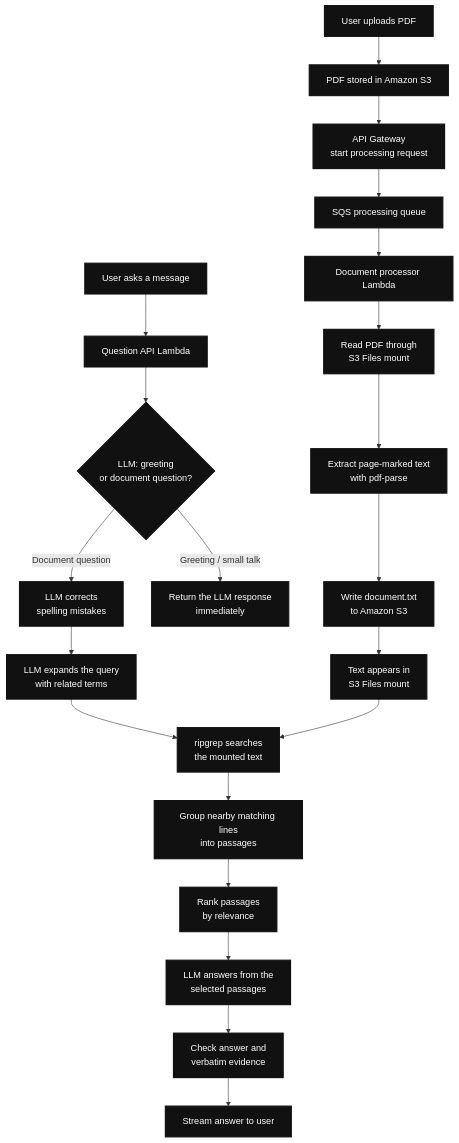
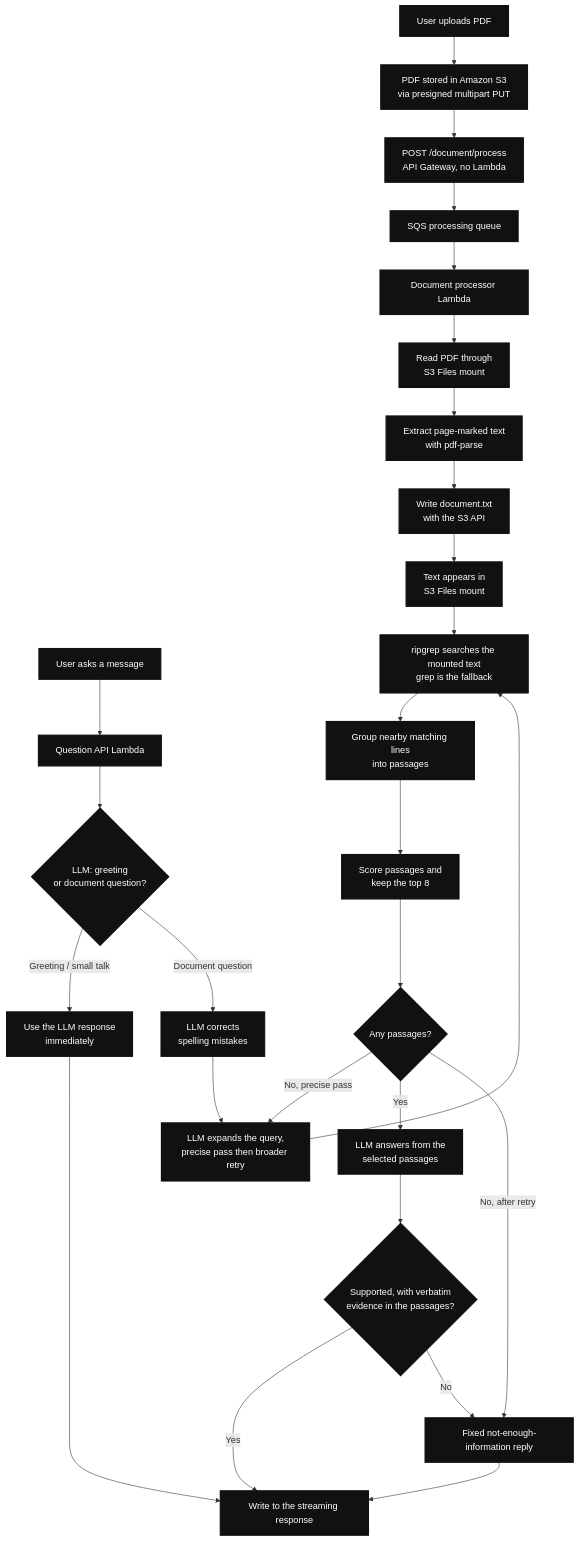
The diagram in README.md (gunjchhetri/grepping_demo), drawn with Mermaid before and after one commit. The commit also changed other lines of this file, not shown here.

Commit message:
Added multipart upload to s3

````diff
--- a/README.md
+++ b/README.md
@@ -9,27 +9,32 @@
 ```mermaid
 flowchart TD
-    Upload[User uploads PDF] --> S3PDF[PDF stored in Amazon S3]
-    S3PDF --> ProcessApi[API Gateway\nstart processing request]
-    ProcessApi --> Queue[SQS processing queue]
-    Queue --> ProcessLambda[Document processor Lambda]
-    ProcessLambda --> MountPDF[Read PDF through\nS3 Files mount]
-    MountPDF --> Extract[Extract page-marked text\nwith pdf-parse]
-    Extract --> S3Text[Write document.txt\nto Amazon S3]
-    S3Text --> MountText[Text appears in\nS3 Files mount]
+    Upload["User uploads PDF"] --> S3PDF["PDF stored in Amazon S3<br/>via presigned multipart PUT"]
+    S3PDF --> ProcessApi["POST /document/process<br/>API Gateway, no Lambda"]
+    ProcessApi --> Queue["SQS processing queue"]
+    Queue --> ProcessLambda["Document processor Lambda"]
+    ProcessLambda --> MountPDF["Read PDF through<br/>S3 Files mount"]
+    MountPDF --> Extract["Extract page-marked text<br/>with pdf-parse"]
+    Extract --> S3Text["Write document.txt<br/>with the S3 API"]
+    S3Text --> MountText["Text appears in<br/>S3 Files mount"]
 
-    Ask[User asks a message] --> QuestionApi[Question API Lambda]
-    QuestionApi --> Classify{LLM: greeting\nor document question?}
-    Classify -->|Greeting / small talk| Greeting[Return the LLM response\nimmediately]
-    Classify -->|Document question| Correct[LLM corrects\nspelling mistakes]
-    Correct --> Expand[LLM expands the query\nwith related terms]
-    Expand --> Grep[ripgrep searches\nthe mounted text]
+    Ask["User asks a message"] --> QuestionApi["Question API Lambda"]
+    QuestionApi --> Classify{"LLM: greeting<br/>or document question?"}
+    Classify -->|"Greeting / small talk"| Greeting["Use the LLM response<br/>immediately"]
+    Classify -->|"Document question"| Correct["LLM corrects<br/>spelling mistakes"]
+    Correct --> Expand["LLM expands the query,<br/>precise pass then broader retry"]
+    Expand --> Grep["ripgrep searches the mounted text<br/>grep is the fallback"]
     MountText --> Grep
-    Grep --> Group[Group nearby matching lines\ninto passages]
-    Group --> Rank[Rank passages\nby relevance]
-    Rank --> Answer[LLM answers from the\nselected passages]
-    Answer --> Validate[Check answer and\nverbatim evidence]
-    Validate --> Response[Stream answer to user]
+    Grep --> Group["Group nearby matching lines<br/>into passages"]
+    Group --> Rank["Score passages and<br/>keep the top 8"]
+    Rank --> Any{"Any passages?"}
+    Any -->|"No, precise pass"| Expand
+    Any -->|"Yes"| Answer["LLM answers from the<br/>selected passages"]
+    Any -->|"No, after retry"| NoAnswer["Fixed not-enough-information reply"]
+    Answer --> Validate{"Supported, with verbatim<br/>evidence in the passages?"}
+    Validate -->|"Yes"| Response["Write to the streaming response"]
+    Validate -->|"No"| NoAnswer
+    Greeting --> Response
+    NoAnswer --> Response
 
-    classDef black fill:#111111,color:#ffffff,stroke:#111111,stroke-width:2px;
-    class Upload,S3PDF,ProcessApi,Queue,ProcessLambda,MountPDF,Extract,S3Text,MountText,Ask,QuestionApi,Classify,Greeting,Correct,Expand,Grep,Group,Rank,Answer,Validate,Response black;
+    classDef default fill:#111111,color:#ffffff,stroke:#111111,stroke-width:2px;
 ```
````
